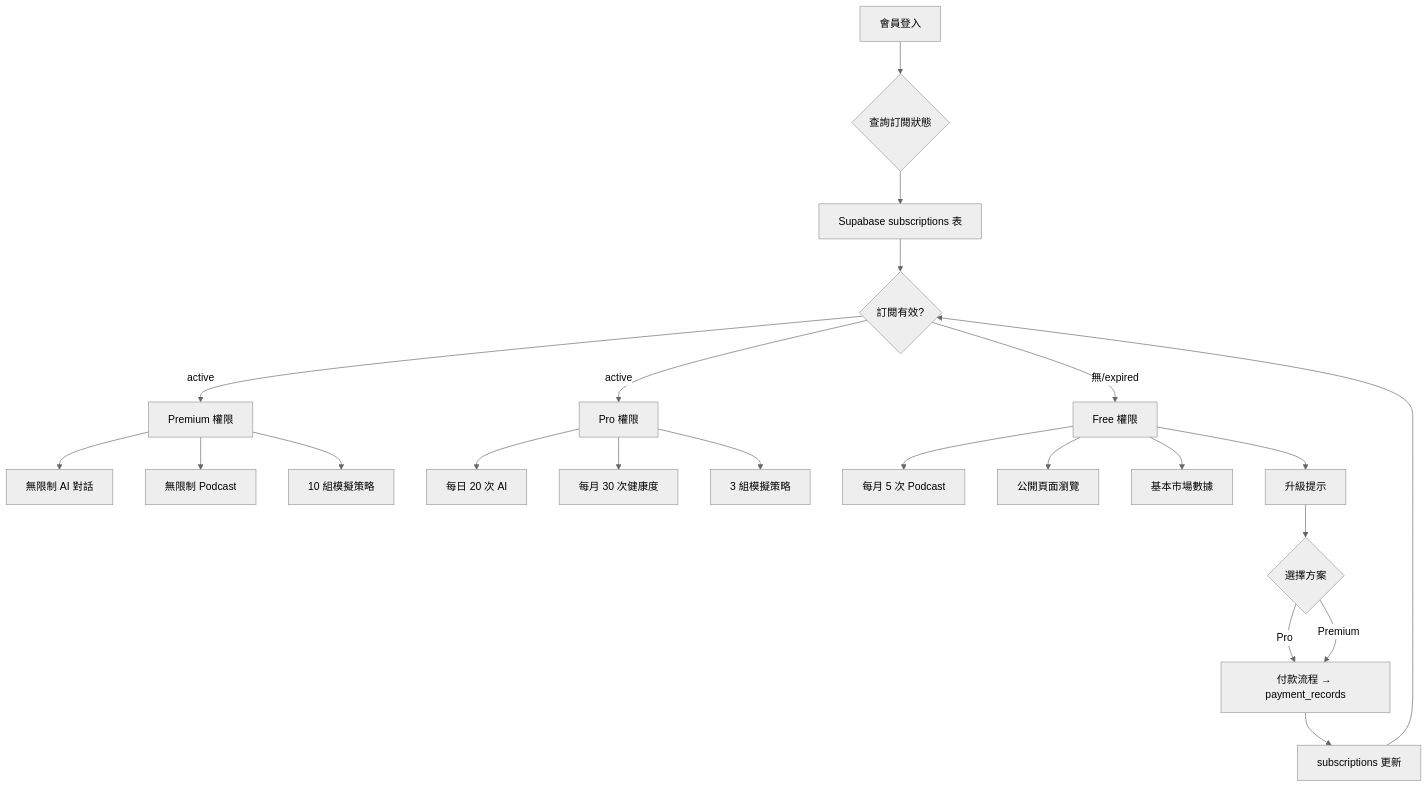
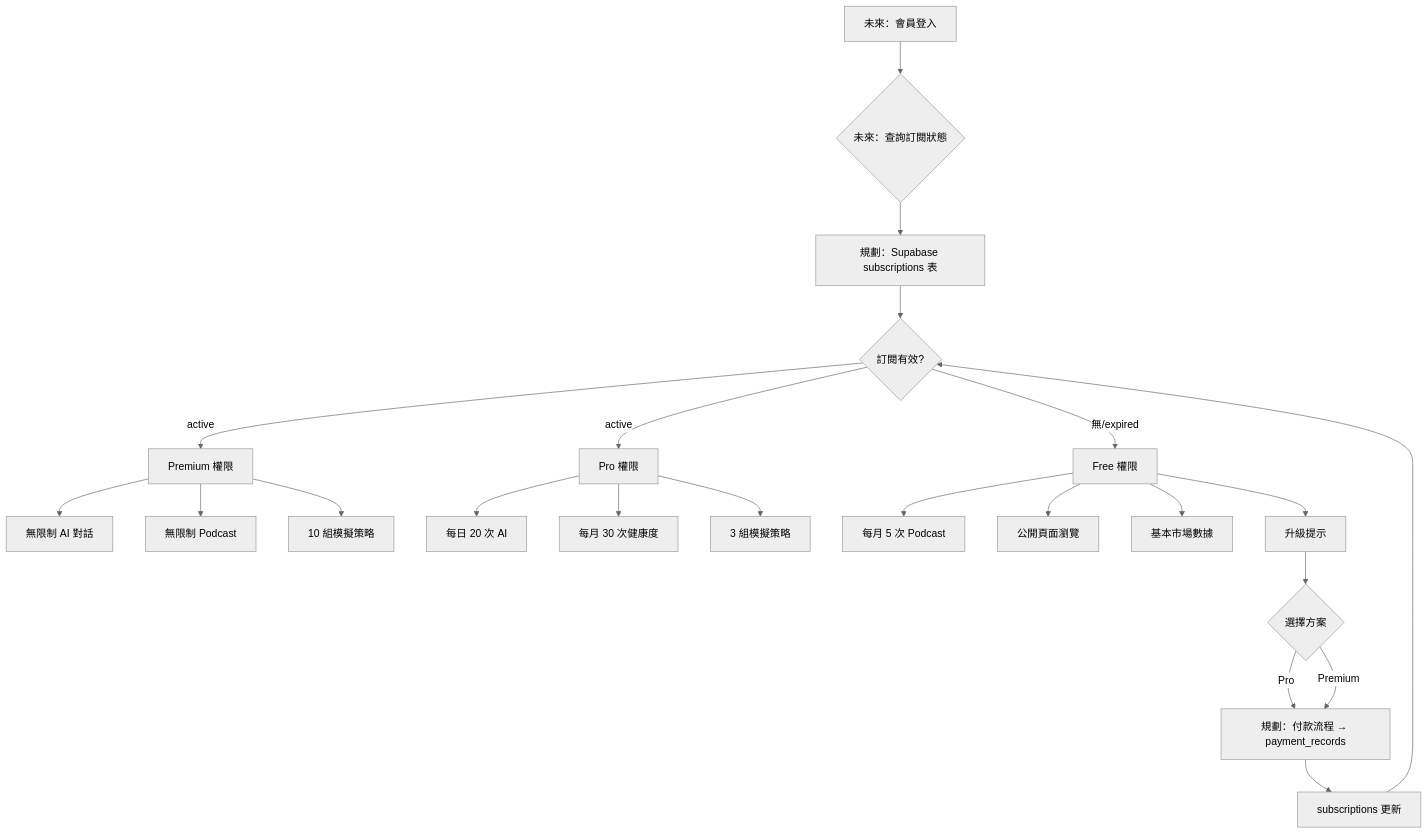
One commit to ziii-11246083/cip changed the second of 10 diagrams in docs/13-系統流程總覽.md. Above: the diagram before and after it, drawn with Mermaid (neutral theme). The commit also changed other lines of this file and 66 other files, not shown here.

````diff
--- a/docs/13-系統流程總覽.md
+++ b/docs/13-系統流程總覽.md
@@ -46,29 +46,29 @@
 ```mermaid
 flowchart TD
-    A[會員登入] --> B{查詢訂閱狀態}
-    B --> C[Supabase subscriptions 表]
+    A[未來：會員登入] --> B{未來：查詢訂閱狀態}
+    B --> C[規劃：Supabase subscriptions 表]
     C --> D{訂閱有效?}
     
     D -->|active| E[Premium 權限]
     D -->|active| F[Pro 權限]
     D -->|無/expired| G[Free 權限]
     
     E --> E1[無限制 AI 對話]
     E --> E2[無限制 Podcast]
     E --> E3[10 組模擬策略]
     
     F --> F1[每日 20 次 AI]
     F --> F2[每月 30 次健康度]
     F --> F3[3 組模擬策略]
     
     G --> G1[每月 5 次 Podcast]
     G --> G2[公開頁面瀏覽]
     G --> G3[基本市場數據]
     
     G --> H[升級提示]
     H --> I{選擇方案}
-    I -->|Pro| J[付款流程 → payment_records]
+    I -->|Pro| J[規劃：付款流程 → payment_records]
     I -->|Premium| J
     J --> K[subscriptions 更新]
     K --> D
 ```
````
